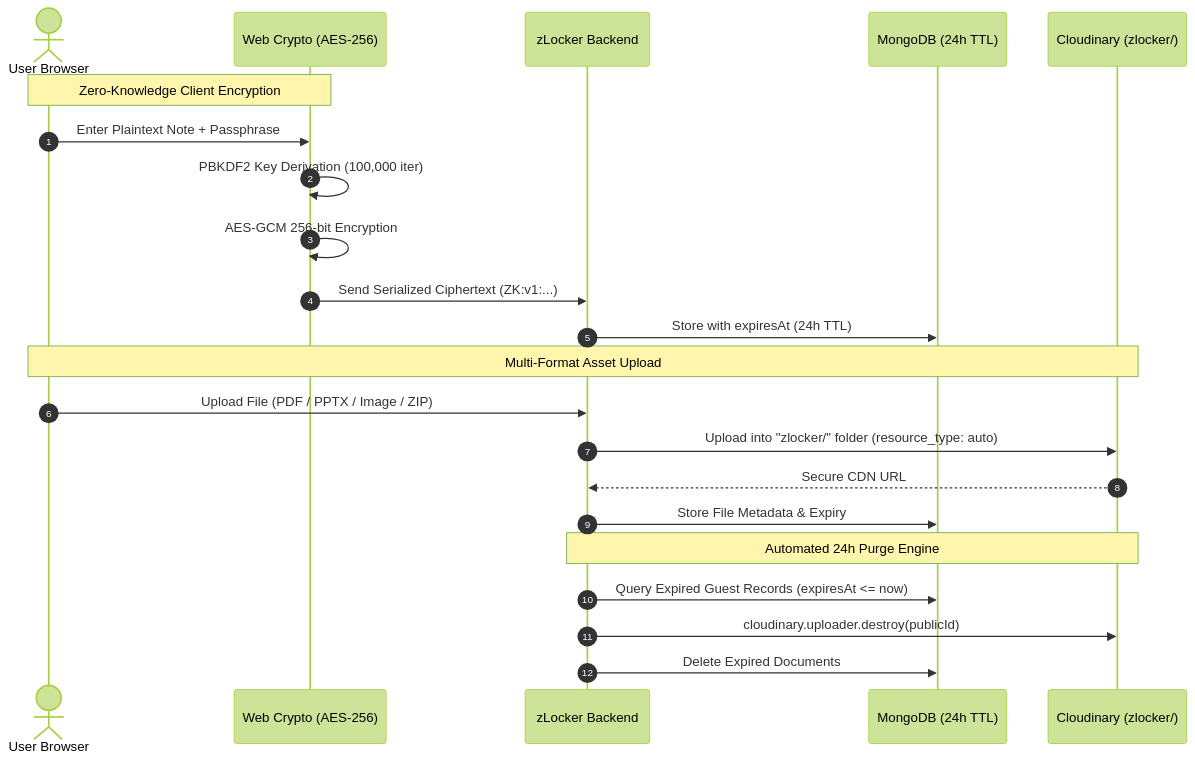
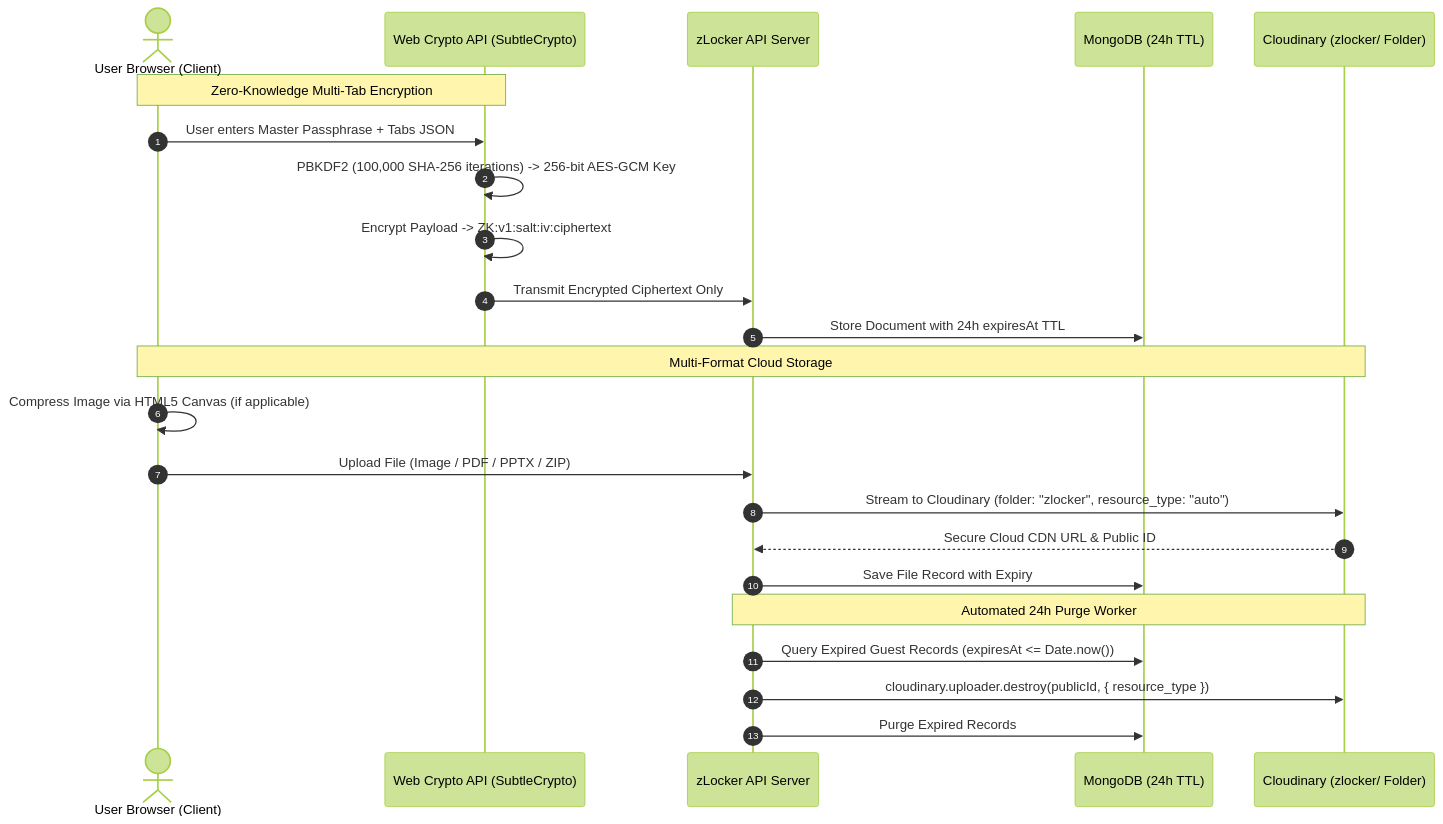
The diagram in README.md (Utsho11/zLocker-client), drawn with Mermaid (forest theme) before and after one commit. The commit also changed other lines of this file, not shown here.

Commit message:
docs: add comprehensive 15-section README with architecture, API docs, bKash tiers, and setup guide

````diff
--- a/README.md
+++ b/README.md
@@ -43,27 +85,28 @@
 ```mermaid
 sequenceDiagram
     autonumber
-    actor User as User Browser
-    participant Engine as Web Crypto (AES-256)
-    participant API as zLocker Backend
+    actor Browser as User Browser (Client)
+    participant Crypto as Web Crypto API (SubtleCrypto)
+    participant Backend as zLocker API Server
     participant DB as MongoDB (24h TTL)
-    participant CDN as Cloudinary (zlocker/)
+    participant CDN as Cloudinary (zlocker/ Folder)
 
-    Note over User,Engine: Zero-Knowledge Client Encryption
-    User->>Engine: Enter Plaintext Note + Passphrase
-    Engine->>Engine: PBKDF2 Key Derivation (100,000 iter)
-    Engine->>Engine: AES-GCM 256-bit Encryption
-    Engine->>API: Send Serialized Ciphertext (ZK:v1:...)
-    API->>DB: Store with expiresAt (24h TTL)
+    Note over Browser,Crypto: Zero-Knowledge Multi-Tab Encryption
+    Browser->>Crypto: User enters Master Passphrase + Tabs JSON
+    Crypto->>Crypto: PBKDF2 (100,000 SHA-256 iterations) -> 256-bit AES-GCM Key
+    Crypto->>Crypto: Encrypt Payload -> ZK:v1:salt:iv:ciphertext
+    Crypto->>Backend: Transmit Encrypted Ciphertext Only
+    Backend->>DB: Store Document with 24h expiresAt TTL
 
-    Note over User,CDN: Multi-Format Asset Upload
-    User->>API: Upload File (PDF / PPTX / Image / ZIP)
-    API->>CDN: Upload into "zlocker/" folder (resource_type: auto)
-    CDN-->>API: Secure CDN URL
-    API->>DB: Store File Metadata & Expiry
+    Note over Browser,CDN: Multi-Format Cloud Storage
+    Browser->>Browser: Compress Image via HTML5 Canvas (if applicable)
+    Browser->>Backend: Upload File (Image / PDF / PPTX / ZIP)
+    Backend->>CDN: Stream to Cloudinary (folder: "zlocker", resource_type: "auto")
+    CDN-->>Backend: Secure Cloud CDN URL & Public ID
+    Backend->>DB: Save File Record with Expiry
 
-    Note over API,CDN: Automated 24h Purge Engine
-    API->>DB: Query Expired Guest Records (expiresAt <= now)
-    API->>CDN: cloudinary.uploader.destroy(publicId)
-    API->>DB: Delete Expired Documents
+    Note over Backend,CDN: Automated 24h Purge Worker
+    Backend->>DB: Query Expired Guest Records (expiresAt <= Date.now())
+    Backend->>CDN: cloudinary.uploader.destroy(publicId, { resource_type })
+    Backend->>DB: Purge Expired Records
 ```
````
